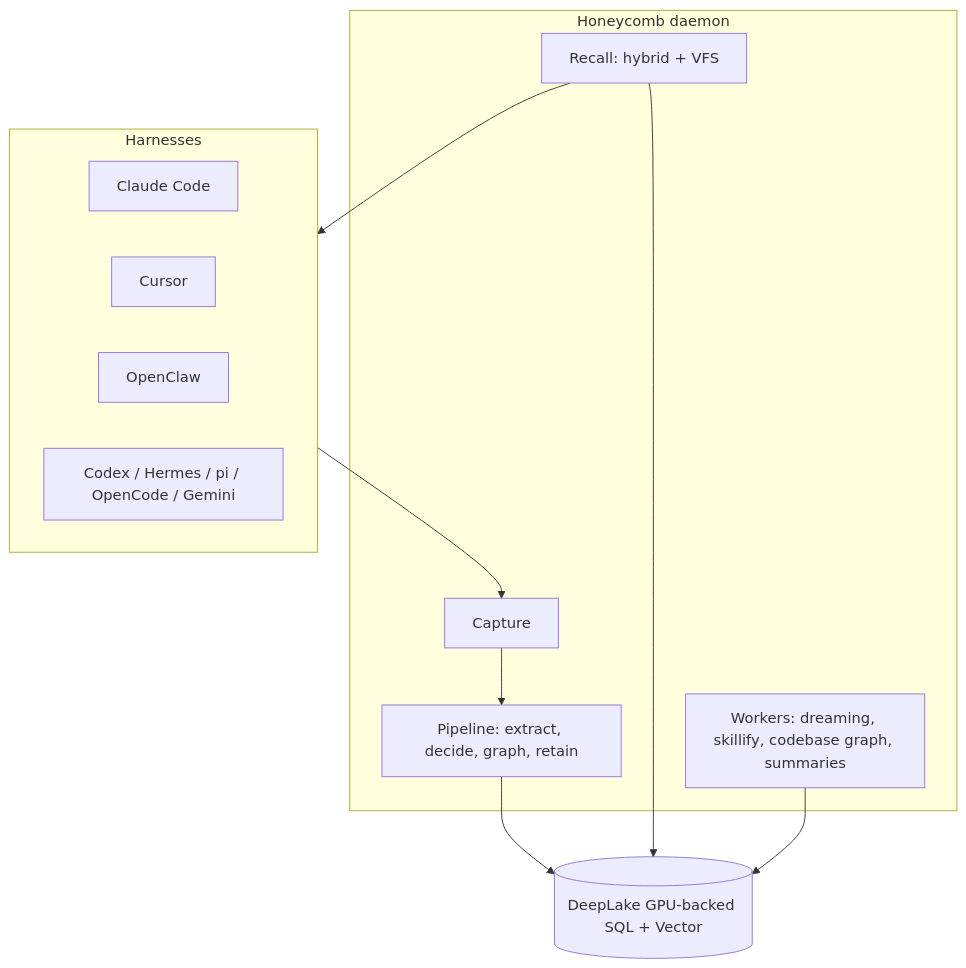
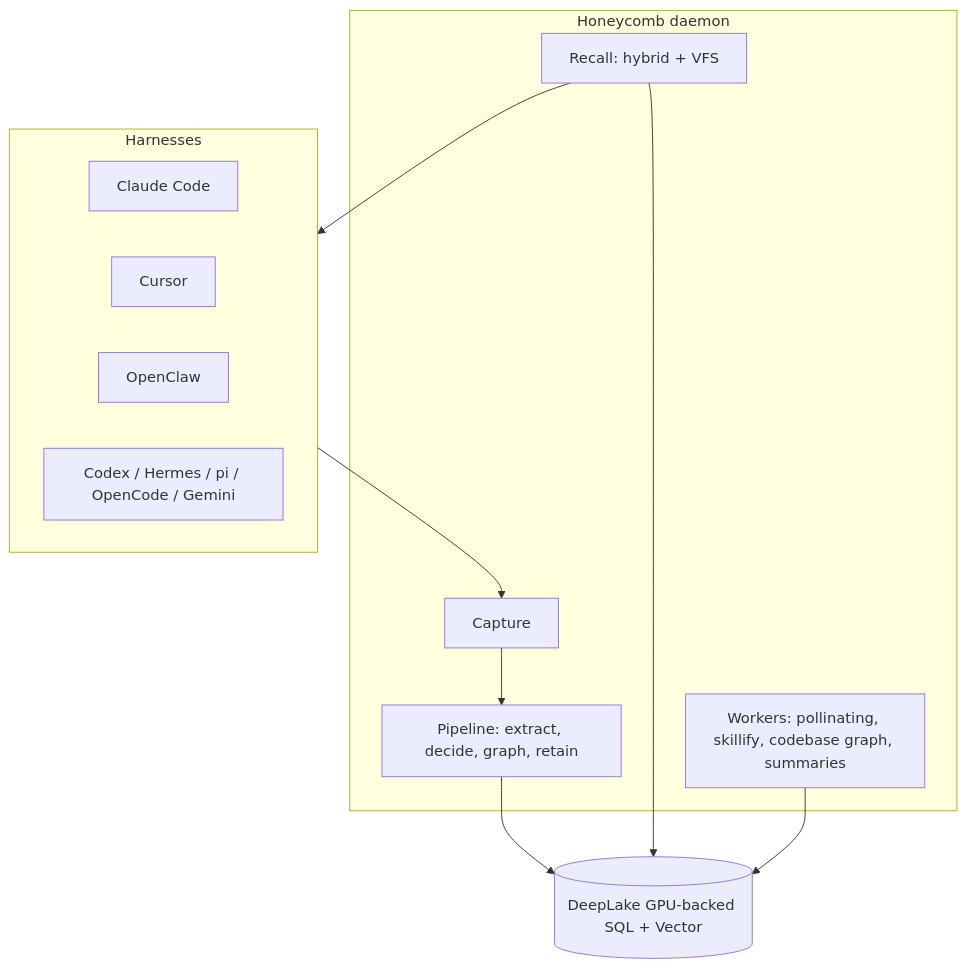
The diagram in library/knowledge/private/overview.md (legioncodeinc/honeycomb), drawn with Mermaid before and after one commit. The commit also changed other lines of this file and 256 other files, not shown here.

````diff
--- a/library/knowledge/private/overview.md
+++ b/library/knowledge/private/overview.md
@@ -29,23 +29,23 @@
 ```mermaid
 flowchart TB
     subgraph harnesses[Harnesses]
         cc[Claude Code]
         cur[Cursor]
         ocl[OpenClaw]
         more[Codex / Hermes / pi / OpenCode / Gemini]
     end
     subgraph runtime[Honeycomb daemon]
         capture[Capture]
         pipeline[Pipeline: extract, decide, graph, retain]
         recall[Recall: hybrid + VFS]
-        workers[Workers: dreaming, skillify, codebase graph, summaries]
+        workers[Workers: pollinating, skillify, codebase graph, summaries]
     end
     store[(DeepLake GPU-backed SQL + Vector)]
 
     harnesses --> capture
     capture --> pipeline
     pipeline --> store
     recall --> store
     workers --> store
     recall --> harnesses
 ```
````
